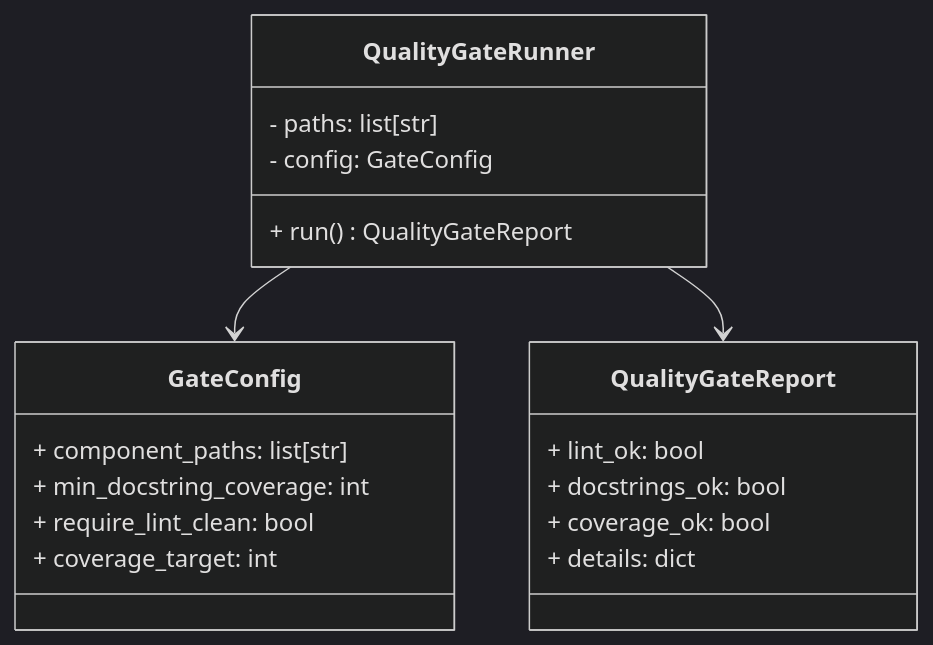
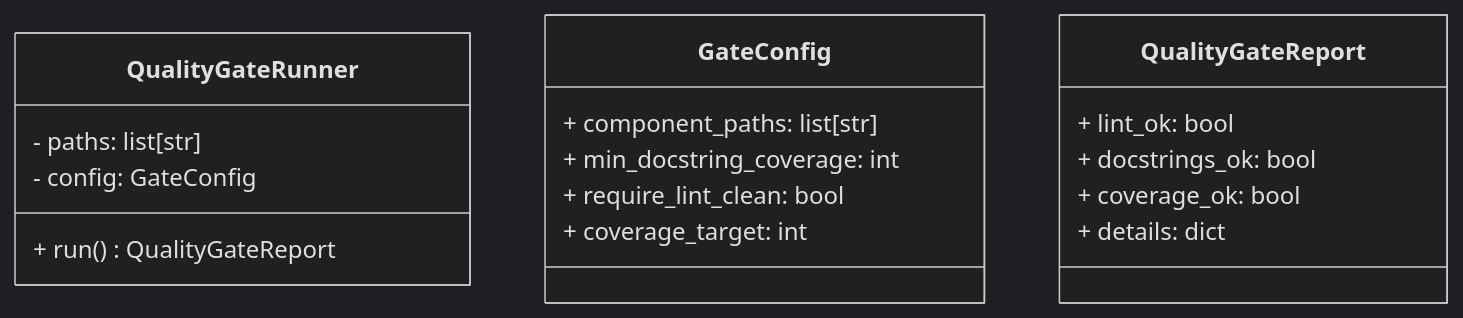
Before and after one commit to jwardwell7077/agent-audiobook-maker: the second of 3 diagrams in docs/02-specifications/components/QUALITY_GATE_SPEC.md, drawn with Mermaid (dark theme). The commit also changed other lines of this file and 33 other files, not shown here.

Commit message:
docs: fix Mermaid for GitHub rendering; clean .mmd headers and comments; add mermaid syntax pytest; update docs

````diff
--- a/docs/02-specifications/components/QUALITY_GATE_SPEC.md
+++ b/docs/02-specifications/components/QUALITY_GATE_SPEC.md
@@ -35,22 +35,22 @@
 ```mermaid
 classDiagram
   class QualityGateRunner {
     - paths: list[str]
     - config: GateConfig
     + run() QualityGateReport
   }
   class GateConfig {
     + component_paths: list[str]
     + min_docstring_coverage: int
     + require_lint_clean: bool
     + coverage_target: int
   }
   class QualityGateReport {
     + lint_ok: bool
     + docstrings_ok: bool
     + coverage_ok: bool
     + details: dict
   }
-  QualityGateRunner --> GateConfig
-  QualityGateRunner --> QualityGateReport
+  QualityGateRunner  GateConfig
+  QualityGateRunner  QualityGateReport
 ```
````
